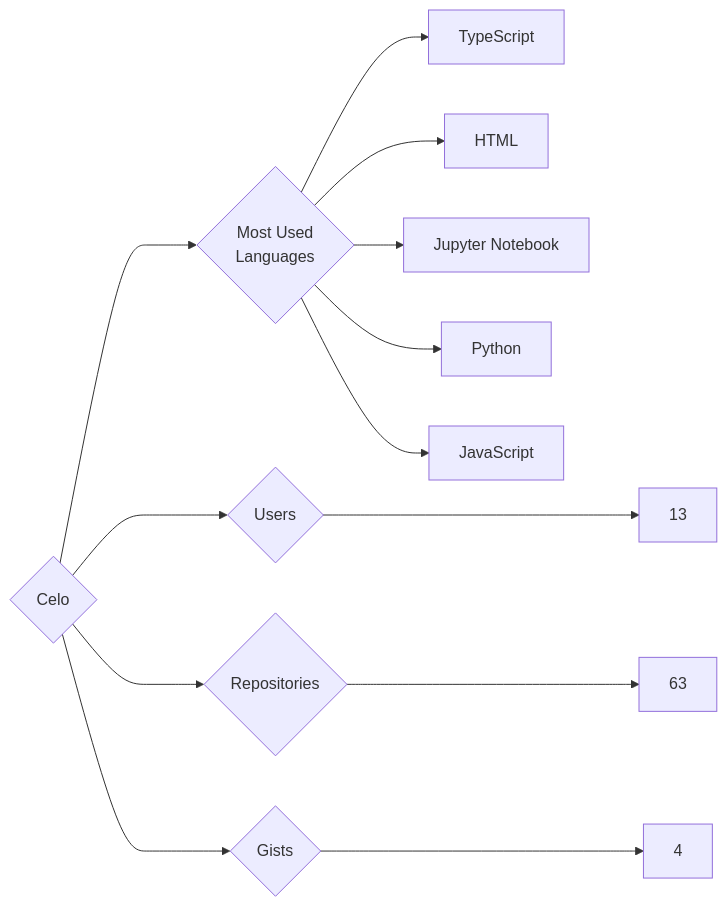
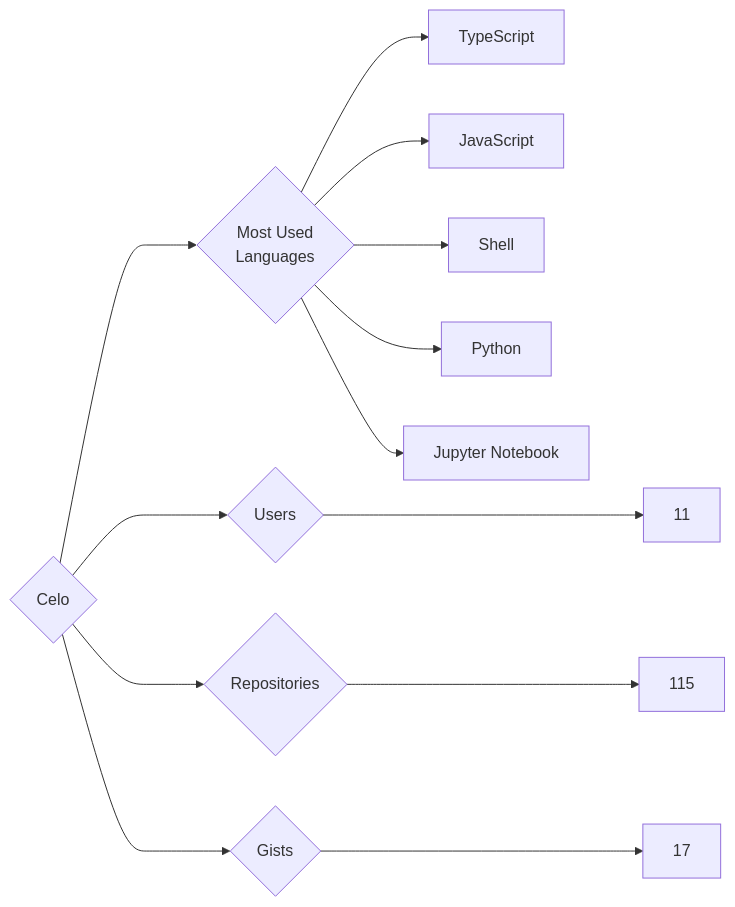
Before and after one commit to trickest/insiders: the diagram in targets/Celo/README.md, drawn with Mermaid. The commit also changed 714 other files, not shown here.

````diff
--- a/targets/Celo/README.md
+++ b/targets/Celo/README.md
@@ -3,13 +3,13 @@
 ```mermaid
 graph LR
 COMPANY_NAME{Celo}
-COMPANY_NAME ---> U{Users} ---> UN[13]
-COMPANY_NAME ---> R{Repositories} ---> RN[63]
-COMPANY_NAME ---> G{Gists} ---> GN[4]
+COMPANY_NAME ---> U{Users} ---> UN[11]
+COMPANY_NAME ---> R{Repositories} ---> RN[115]
+COMPANY_NAME ---> G{Gists} ---> GN[17]
 COMPANY_NAME ---> ML{Most Used<br>Languages}
 ML --> TypeScript[TypeScript]
-ML --> HTML[HTML]
+ML --> JavaScript[JavaScript]
+ML --> Shell[Shell]
+ML --> Python[Python]
 ML --> Jupyter_Notebook[Jupyter Notebook]
-ML --> Python[Python]
-ML --> JavaScript[JavaScript]
 ```
````
